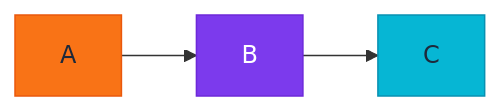
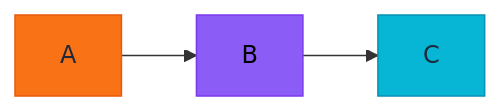
Before and after one commit to tech-leads-club/agent-skills: the third of 6 diagrams in packages/skills-catalog/skills/(tooling)/mermaid-studio/references/themes.md, drawn with Mermaid. The commit also changed other lines of this file and 6 other files, not shown here.

Commit message:
fix(skills-catalog): preserve mermaid palette identity in contrast fixes

````diff
--- a/packages/skills-catalog/skills/(tooling)/mermaid-studio/references/themes.md
+++ b/packages/skills-catalog/skills/(tooling)/mermaid-studio/references/themes.md
@@ -216,7 +208,7 @@
 ```mermaid
 flowchart LR
     A --> B --> C
     style A fill:#f97316,stroke:#ea580c,color:#1e293b
-    style B fill:#7c3aed,stroke:#6d28d9,color:#fff
+    style B fill:#8b5cf6,stroke:#7c3aed,color:#000
     style C fill:#06b6d4,stroke:#0891b2,color:#1e293b
 ```
````
